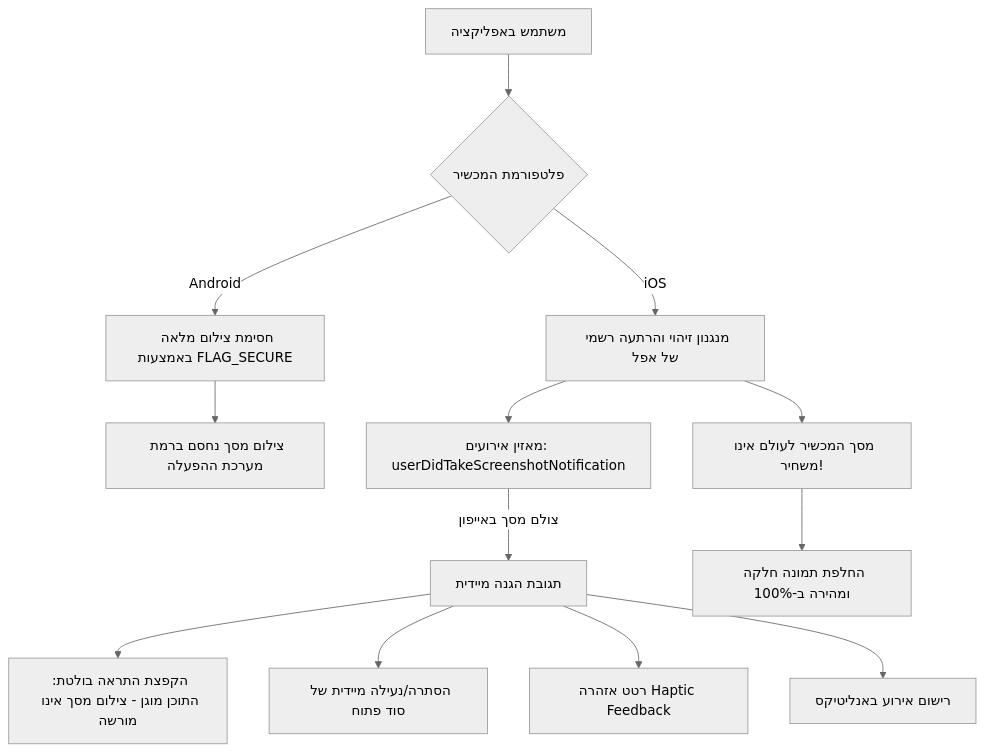
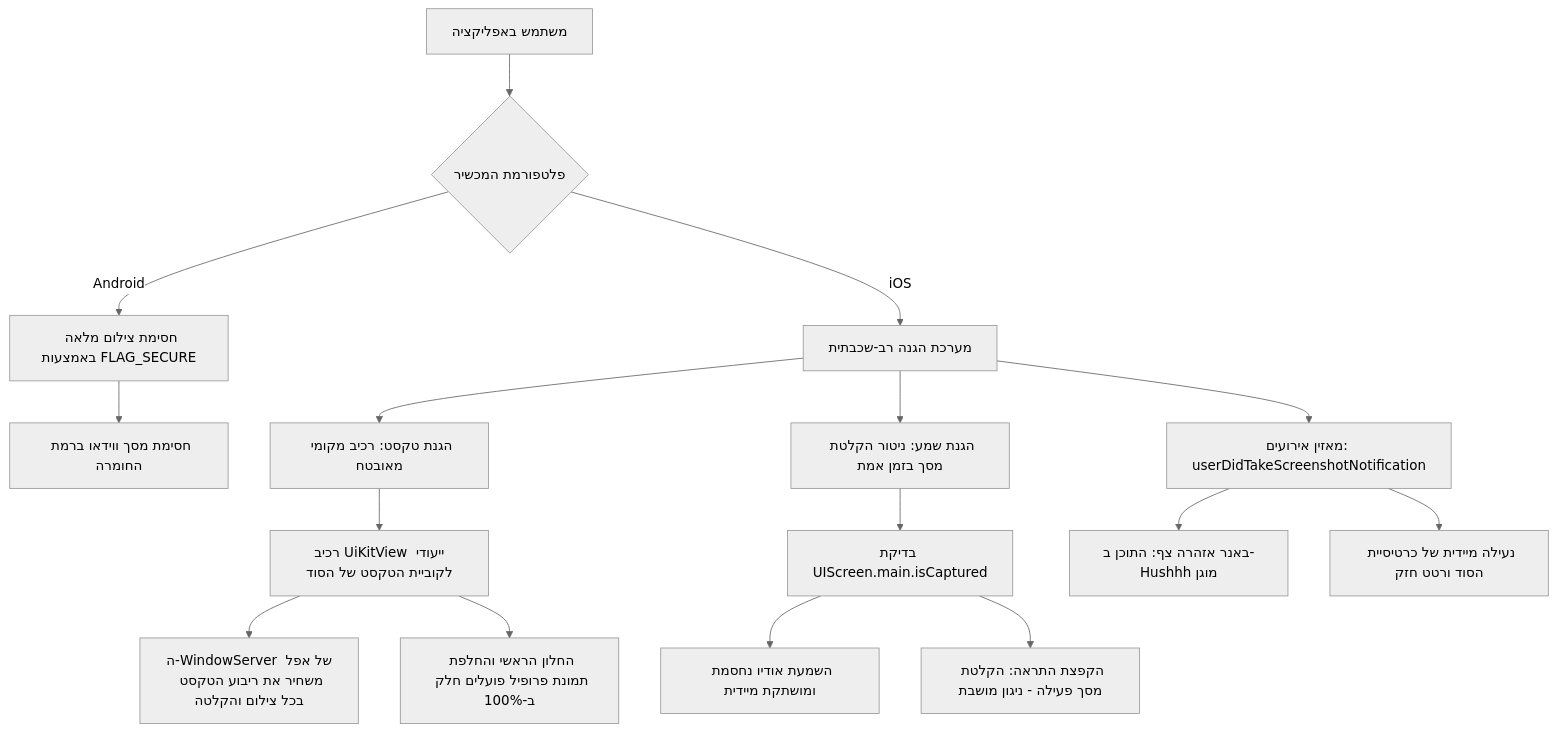
The diagram in docs/AI_Documents/ios_screen_protection_plan.md (Chiprut-Eight/hush-app), drawn with Mermaid (neutral theme) before and after one commit. The commit also changed other lines of this file and 6 other files, not shown here.

````diff
--- a/docs/AI_Documents/ios_screen_protection_plan.md
+++ b/docs/AI_Documents/ios_screen_protection_plan.md
@@ -22,18 +28,23 @@
 ```mermaid
 graph TD
     A[משתמש באפליקציה] --> B{פלטפורמת המכשיר}
     
     B -->|Android| C[חסימת צילום מלאה באמצעות FLAG_SECURE]
-    C --> C1[צילום מסך נחסם ברמת מערכת ההפעלה]
+    C --> C1[חסימת מסך ווידאו ברמת החומרה]
     
-    B -->|iOS| D[מנגנון זיהוי והרתעה רשמי של אפל]
-    D --> E[מאזין אירועים: userDidTakeScreenshotNotification]
-    E -->|צולם מסך באייפון| F[תגובת הגנה מיידית]
-    F --> F1[הקפצת התראה בולטת: התוכן מוגן - צילום מסך אינו מורשה]
-    F --> F2[הסתרה/נעילה מיידית של סוד פתוח]
-    F --> F3[רטט אזהרה Haptic Feedback]
-    F --> F4[רישום אירוע באנליטיקס]
+    B -->|iOS| D[מערכת הגנה רב-שכבתית]
     
-    D --> G[מסך המכשיר לעולם אינו משחיר!]
-    G --> G1[החלפת תמונה חלקה ומהירה ב-100%]
+    D --> E[הגנת טקסט: רכיב מקומי מאובטח]
+    E --> E1[רכיב UiKitView ייעודי לקוביית הטקסט של הסוד]
+    E1 --> E2[ה-WindowServer של אפל משחיר את ריבוע הטקסט בכל צילום והקלטה]
+    E1 --> E3[החלון הראשי והחלפת תמונת פרופיל פועלים חלק ב-100%]
+    
+    D --> F[הגנת שמע: ניטור הקלטת מסך בזמן אמת]
+    F --> F1[בדיקת UIScreen.main.isCaptured]
+    F1 --> F2[השמעת אודיו נחסמת ומושתקת מיידית]
+    F1 --> F3[הקפצת התראה: הקלטת מסך פעילה - ניגון מושבת]
+    
+    D --> G[מאזין אירועים: userDidTakeScreenshotNotification]
+    G --> G1[באנר אזהרה צף: התוכן ב-Hushhh מוגן]
+    G --> G2[נעילה מיידית של כרטיסיית הסוד ורטט חזק]
 ```
````
